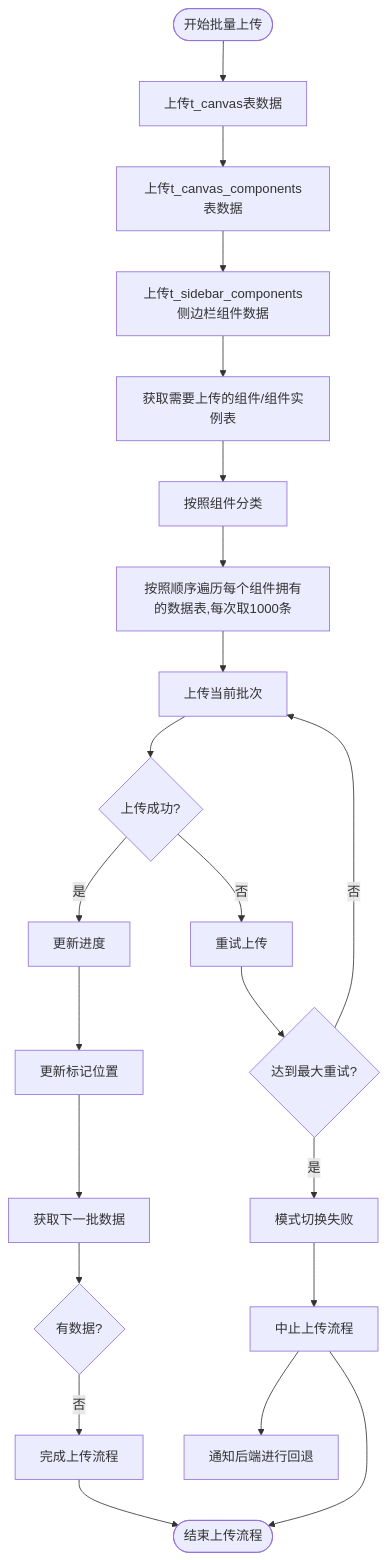
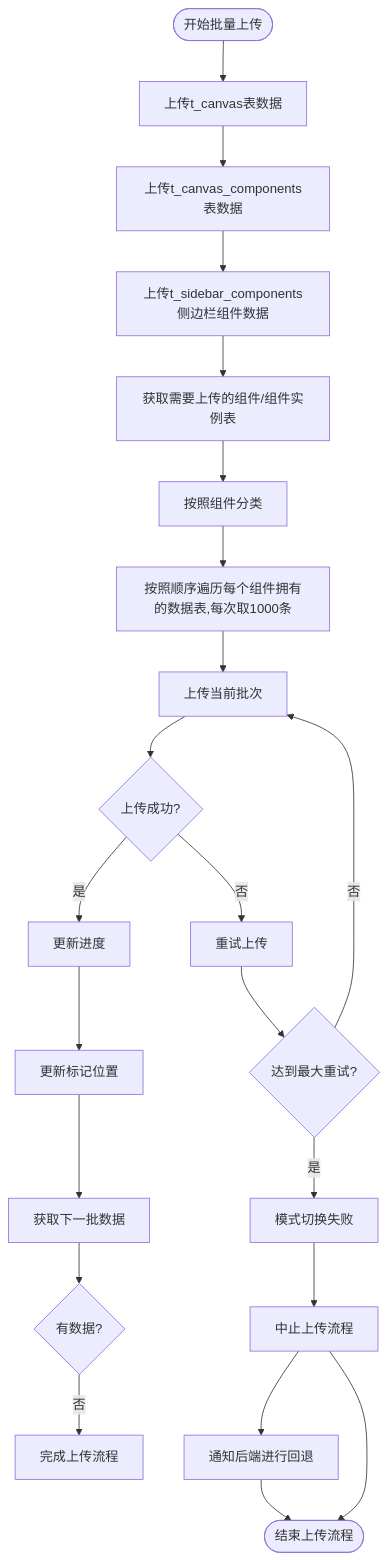
One commit to yingjianzh/iodraw-files changed the diagram in all/未命名-51.md. Above: the diagram before and after it, drawn with Mermaid.

Commit message:
2025-05-08 17:36:47 update

````diff
--- a/all/未命名-51.md
+++ b/all/未命名-51.md
@@ -1,31 +1,31 @@
 ```mermaid
 flowchart TD
     Start([开始批量上传]) --> UploadSpaceData[上传t_canvas表数据]
     UploadSpaceData --> UploadComponentListData[上传t_canvas_components表数据]
     UploadComponentListData --> UploadSiderComponent[上传t_sidebar_components侧边栏组件数据]
     UploadSiderComponent --> FetchData[获取需要上传的组件/组件实例表]
     FetchData --> ClassifyData[按照组件分类]
     ClassifyData --> UploadData[按照顺序遍历每个组件拥有的数据表,每次取1000条]
     UploadData --> UploadBatch[上传当前批次]
     
     UpdateProgress --> UpdateMarker[更新标记位置]
     UpdateMarker --> FetchNextBatch[获取下一批数据]
     
     FetchNextBatch --> CheckResults{有数据?}
     CheckResults -->|否| CompleteUpload[完成上传流程]
      
     
     UploadBatch --> UploadSuccess{上传成功?}
     UploadSuccess -->|是| UpdateProgress[更新进度]
     UploadSuccess -->|否| RetryUpload[重试上传]
     
     RetryUpload --> MaxRetries{达到最大重试?}
     MaxRetries -->|否| UploadBatch
     MaxRetries -->|是| ErrorHandling[模式切换失败]
     
     ErrorHandling --> AbortProcess[中止上传流程]
     AbortProcess --> ReportError[通知后端进行回退]
     
-    CompleteUpload --> End([结束上传流程])
+    ReportError --> End([结束上传流程])
     AbortProcess --> End
 ```
````
